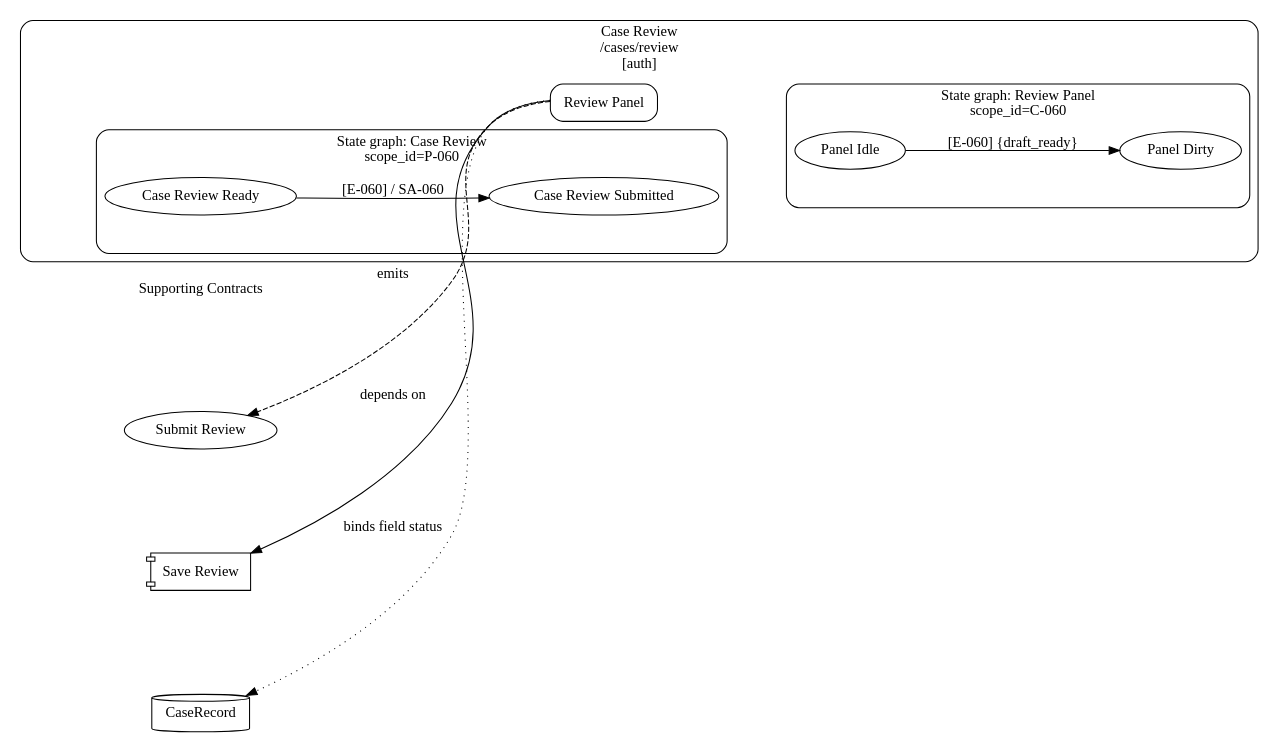
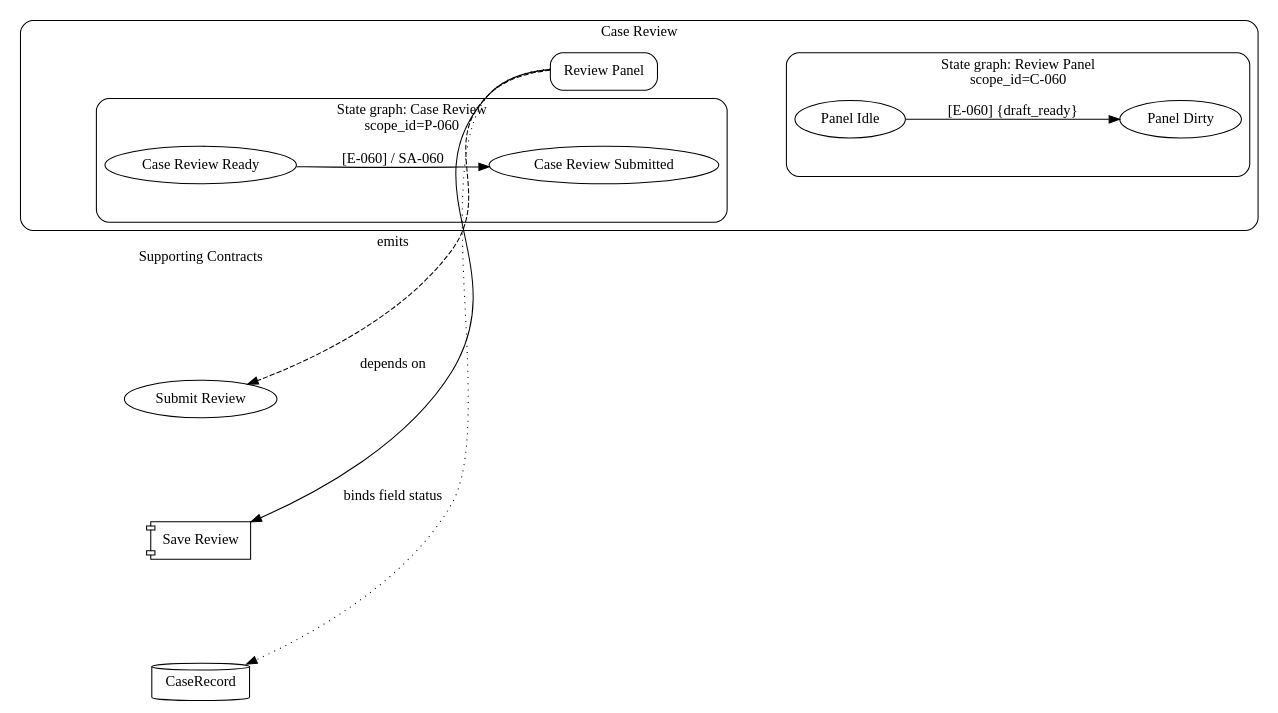
The diagram in examples/rendered/v0.1/ui_contracts_diagram_type/ui_state_fallback_example/simple_profile/ui_state_fallback.ui_contracts.dot (knutopia/Structured-Design-Documents), drawn with Graphviz before and after one commit. The commit also changed 29 other files, not shown here.

```diff
--- a/examples/rendered/v0.1/ui_contracts_diagram_type/ui_state_fallback_example/simple_profile/ui_state_fallback.ui_contracts.dot
+++ b/examples/rendered/v0.1/ui_contracts_diagram_type/ui_state_fallback_example/simple_profile/ui_state_fallback.ui_contracts.dot
@@ -1,40 +1,40 @@
 digraph ui_contracts {
   rankdir=LR;
   graph [fontname="Public Sans", compound=true, nodesep=0.7, ranksep=1.0];
   node [fontname="Public Sans"];
   edge [fontname="Public Sans"];
   subgraph cluster_P_060 {
-    graph [label="Case Review\n/cases/review\n[auth]", style="rounded"];
+    graph [label="Case Review", style="rounded"];
     "P-060__anchor" [label="", shape="point", width=0, height=0, style="invis"];
     subgraph cluster_secondary_state_group_P_060 {
       graph [label="State graph: Case Review\nscope_id=P-060", style="rounded"];
       "ST-060a" [shape="ellipse", label="Case Review Ready"];
       "ST-060b" [shape="ellipse", label="Case Review Submitted"];
     }
     "C-060" [shape="box", style="rounded", label="Review Panel"];
     subgraph cluster_secondary_state_group_C_060 {
       graph [label="State graph: Review Panel\nscope_id=C-060", style="rounded"];
       "ST-061a" [shape="ellipse", label="Panel Idle"];
       "ST-061b" [shape="ellipse", label="Panel Dirty"];
     }
   }
   subgraph rank_supporting_contracts__header {
     rank=same;
     "supporting_contracts__header" [shape=plaintext, label="Supporting Contracts"];
     "E-060" [shape="oval", label="Submit Review"];
     "SA-060" [shape="component", label="Save Review"];
     "D-060" [shape="cylinder", label="CaseRecord"];
   }
   "P-060__anchor" -> "supporting_contracts__header" [style=invis, weight=100];
   "P-060__anchor" -> "ST-060a" [style=invis, weight=100];
   "ST-060a" -> "C-060" [style=invis, weight=100];
   "C-060" -> "ST-061a" [style=invis, weight=100];
   "supporting_contracts__header" -> "E-060" [style=invis, weight=100];
   "E-060" -> "SA-060" [style=invis, weight=100];
   "SA-060" -> "D-060" [style=invis, weight=100];
   "C-060" -> "D-060" [label="binds field status", style="dotted", constraint=false];
   "C-060" -> "SA-060" [label="depends on", constraint=false];
   "C-060" -> "E-060" [label="emits", style="dashed", constraint=false];
   "ST-060a" -> "ST-060b" [label="[E-060] / SA-060", style="solid", weight=4];
   "ST-061a" -> "ST-061b" [label="[E-060] {draft_ready}", style="solid", weight=4];
 }
```
